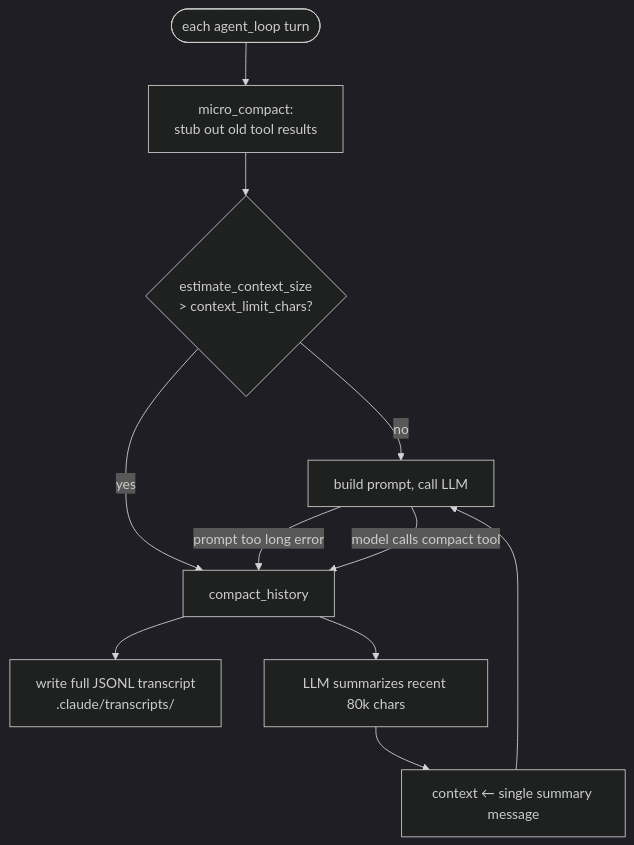
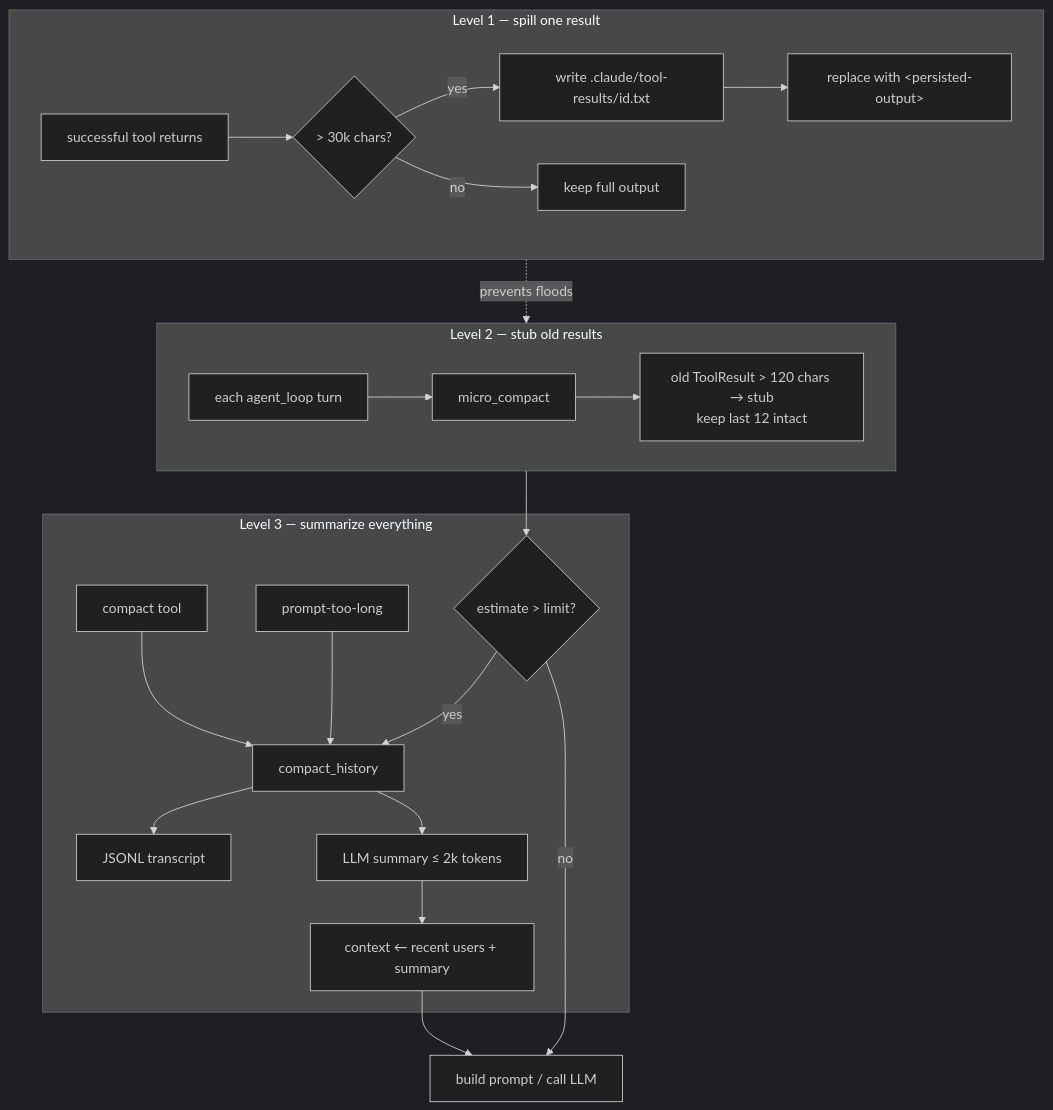
Before and after one commit to rust-infra/tact: the second of 15 diagrams in book/05_chapter_compact.md, drawn with Mermaid (dark theme). The commit also changed other lines of this file and 190 other files, not shown here.

````diff
--- a/book/05_chapter_compact.md
+++ b/book/05_chapter_compact.md
@@ -17,13 +47,28 @@
 ```mermaid
 flowchart TB
-    Turn([each agent_loop turn]) --> MC[micro_compact:<br/>stub out old tool results]
-    MC --> Est{estimate_context_size<br/>> context_limit_chars?}
-    Est -->|no| Prompt[build prompt, call LLM]
-    Est -->|yes| CH[compact_history]
-    Prompt -->|prompt too long error| CH
-    Prompt -->|model calls compact tool| CH
-    CH --> Transcript[write full JSONL transcript<br/>.claude/transcripts/]
-    CH --> Sum[LLM summarizes recent 80k chars]
-    Sum --> Replace[context ← single summary message]
-    Replace --> Prompt
+    subgraph L1["Level 1 — spill one result"]
+        Bash[successful tool returns] --> Big{> 30k chars?}
+        Big -->|yes| Disk1["write .claude/tool-results/id.txt"]
+        Disk1 --> Env["replace with &lt;persisted-output&gt;"]
+        Big -->|no| Keep[keep full output]
+    end
+
+    subgraph L2["Level 2 — stub old results"]
+        Turn[each agent_loop turn] --> MC[micro_compact]
+        MC --> Stub["old ToolResult > 120 chars → stub<br/>keep last 12 intact"]
+    end
+
+    subgraph L3["Level 3 — summarize everything"]
+        Est{estimate > limit?} -->|yes| CH[compact_history]
+        Err[prompt-too-long] --> CH
+        Manual[compact tool] --> CH
+        CH --> Disk2[JSONL transcript]
+        CH --> Sum[LLM summary ≤ 2k tokens]
+        Sum --> One[context ← recent users + summary]
+    end
+
+    L1 -.->|prevents floods| L2
+    L2 --> Est
+    Est -->|no| Prompt[build prompt / call LLM]
+    One --> Prompt
 ```
````
